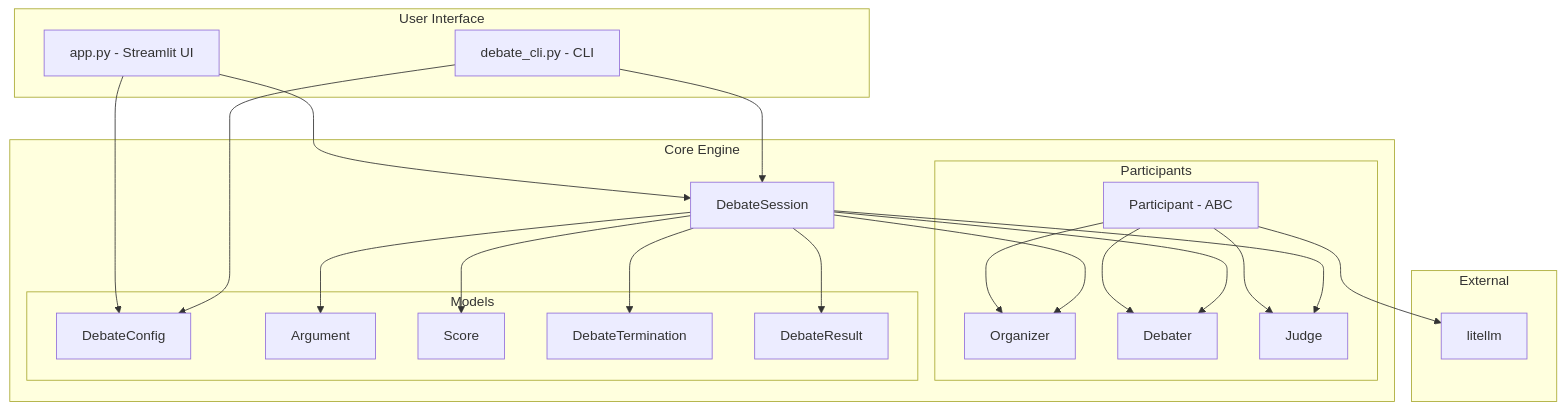
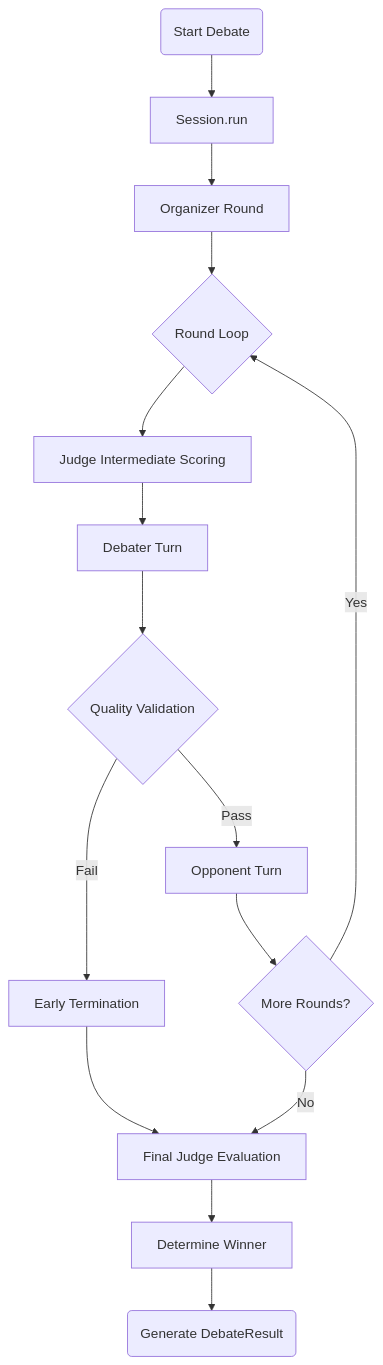
The diagram in README.md (csv610/AIDebator), drawn with Mermaid before and after one commit. The commit also changed 1 other file, not shown here.

Commit message:
docs: Correct architecture diagram to show only execution flow

````diff
--- a/README.md
+++ b/README.md
@@ -9,50 +9,18 @@
 ```mermaid
 graph TD
-    subgraph UI_Layer [User Interface]
-        App[app.py - Streamlit UI]
-        CLI[debate_cli.py - CLI]
-    end
-
-    subgraph Core_Engine [Core Engine]
-        Session[DebateSession]
-        
-        subgraph Participants
-            Base[Participant - ABC]
-            Org[Organizer]
-            Deb[Debater]
-            Jdg[Judge]
-            
-            Base --> Org
-            Base --> Deb
-            Base --> Jdg
-        end
-        
-        subgraph Models
-            Config[DebateConfig]
-            Arg[Argument]
-            Score[Score]
-            Term[DebateTermination]
-            Result[DebateResult]
-        end
-    end
-
-    subgraph External
-        LiteLLM[litellm]
-    end
-
-    %% Relationships
-    App --> Config
-    App --> Session
-    CLI --> Config
-    CLI --> Session
-    
-    Session --> Org
-    Session --> Deb
-    Session --> Jdg
-    Session --> Arg
-    Session --> Score
-    Session --> Term
-    Session --> Result
-    
-    Base --> LiteLLM
+    %% Execution Flow
+    Start(Start Debate) --> SessionRun[Session.run]
+    SessionRun --> OrgRound[Organizer Round]
+    OrgRound --> LoopStart{Round Loop}
+    LoopStart --> IntermediateScores[Judge Intermediate Scoring]
+    IntermediateScores --> DebaterTurn[Debater Turn]
+    DebaterTurn --> Val{Quality Validation}
+    Val -- Fail --> Terminate[Early Termination]
+    Val -- Pass --> NextDebater[Opponent Turn]
+    NextDebater --> LoopEnd{More Rounds?}
+    LoopEnd -- Yes --> LoopStart
+    LoopEnd -- No --> FinalJudge[Final Judge Evaluation]
+    FinalJudge --> WinDet[Determine Winner]
+    WinDet --> End(Generate DebateResult)
+    Terminate --> FinalJudge
 ```
````
